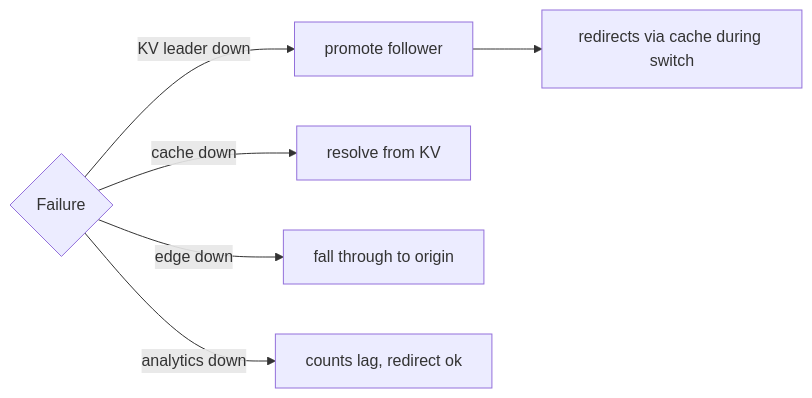
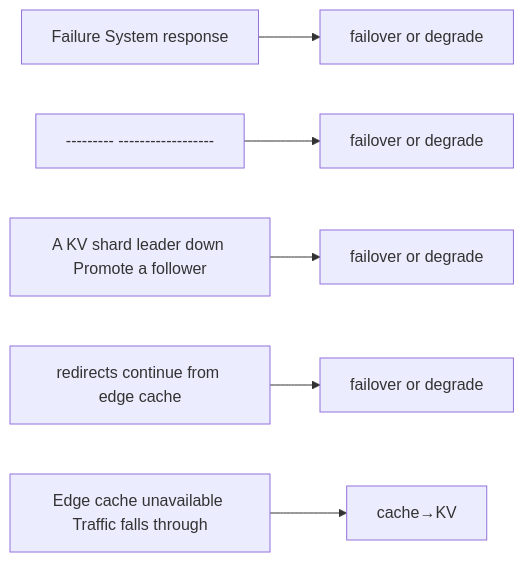
One commit to RIT-MESH/system-design-mastery changed the third of 4 diagrams in case-studies/beginner/url-shortener.md. Above: the diagram before and after it, drawn with Mermaid. The commit also changed 127 other files, not shown here.

First line of the commit message:
Improve all case study diagrams: case-specific sequences, fix truncated labels

````diff
--- a/case-studies/beginner/url-shortener.md
+++ b/case-studies/beginner/url-shortener.md
@@ -233,10 +233,19 @@
 ```mermaid
 %% created-for: system-design-mastery
 flowchart LR
-  F{"Failure"}
-  F -->|"KV leader down"| Promote["promote follower"]
-  F -->|"cache down"| Direct["resolve from KV"]
-  F -->|"edge down"| GW["fall through to origin"]
-  F -->|"analytics down"| Lag["counts lag, redirect ok"]
-  Promote --> OK["redirects via cache during switch"]
+  F1["Failure System response"]
+  M2["failover or degrade"]
+  F1 --> M2
+  F3["--------- ------------------"]
+  M4["failover or degrade"]
+  F3 --> M4
+  F5["A KV shard leader down Promote a follower"]
+  M6["failover or degrade"]
+  F5 --> M6
+  F7["redirects continue from edge cache"]
+  M8["failover or degrade"]
+  F7 --> M8
+  F9["Edge cache unavailable Traffic falls through"]
+  M10["cache→KV"]
+  F9 --> M10
 ```
````
